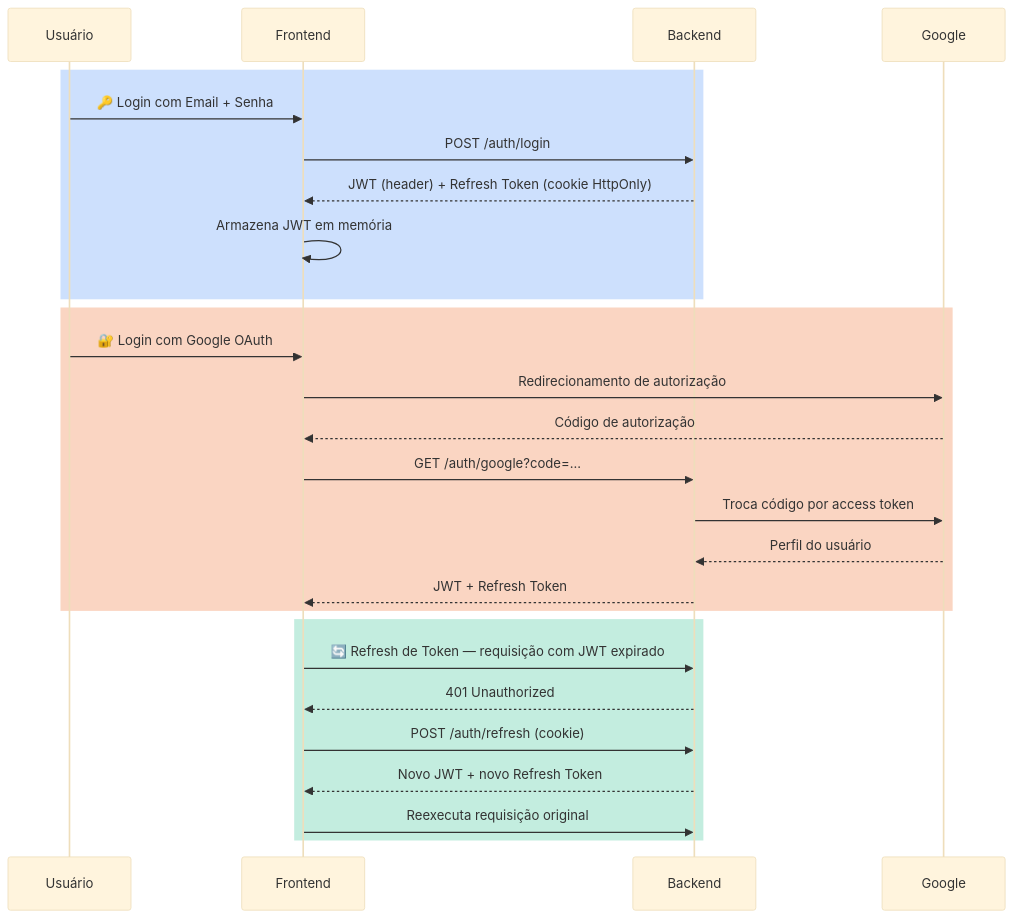
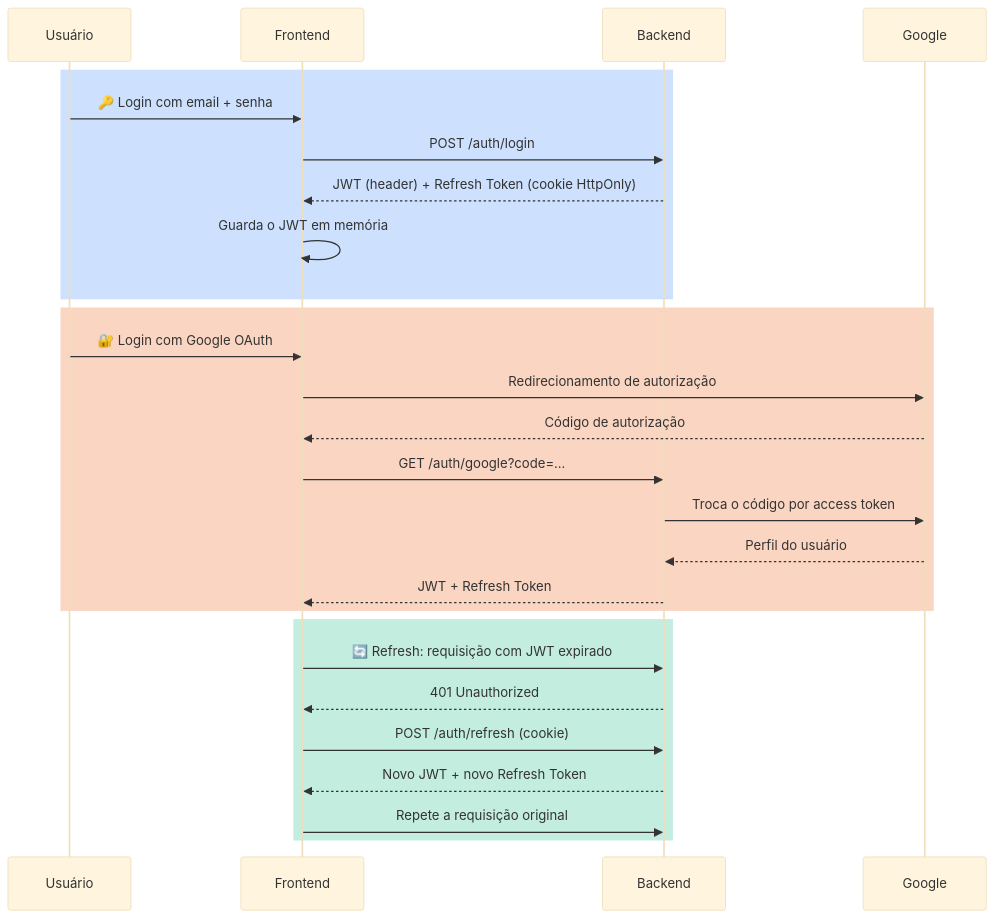
The second of 5 diagrams in architecture/overview/pt.md (AndDev741/Beyou-arch-design), drawn with Mermaid (base theme) before and after one commit. The commit also changed other lines of this file and 3 other files, not shown here.

First line of the commit message:
docs(architecture): rewrite the overview around the production stack

````diff
--- a/architecture/overview/pt.md
+++ b/architecture/overview/pt.md
@@ -75,32 +85,32 @@
 ```mermaid
 sequenceDiagram
   participant U as Usuário
   participant FE as Frontend
   participant BE as Backend
   participant GO as Google
 
   rect rgba(59, 130, 246, 0.25)
-  U->>FE: 🔑 Login com Email + Senha
+  U->>FE: 🔑 Login com email + senha
   FE->>BE: POST /auth/login
   BE-->>FE: JWT (header) + Refresh Token (cookie HttpOnly)
-  FE->>FE: Armazena JWT em memória
+  FE->>FE: Guarda o JWT em memória
   end
 
   rect rgba(234, 88, 12, 0.25)
   U->>FE: 🔐 Login com Google OAuth
   FE->>GO: Redirecionamento de autorização
   GO-->>FE: Código de autorização
   FE->>BE: GET /auth/google?code=...
-  BE->>GO: Troca código por access token
+  BE->>GO: Troca o código por access token
   GO-->>BE: Perfil do usuário
   BE-->>FE: JWT + Refresh Token
   end
 
   rect rgba(16, 185, 129, 0.25)
-  FE->>BE: 🔄 Refresh de Token — requisição com JWT expirado
+  FE->>BE: 🔄 Refresh: requisição com JWT expirado
   BE-->>FE: 401 Unauthorized
   FE->>BE: POST /auth/refresh (cookie)
   BE-->>FE: Novo JWT + novo Refresh Token
-  FE->>BE: Reexecuta requisição original
+  FE->>BE: Repete a requisição original
   end
 ```
````
